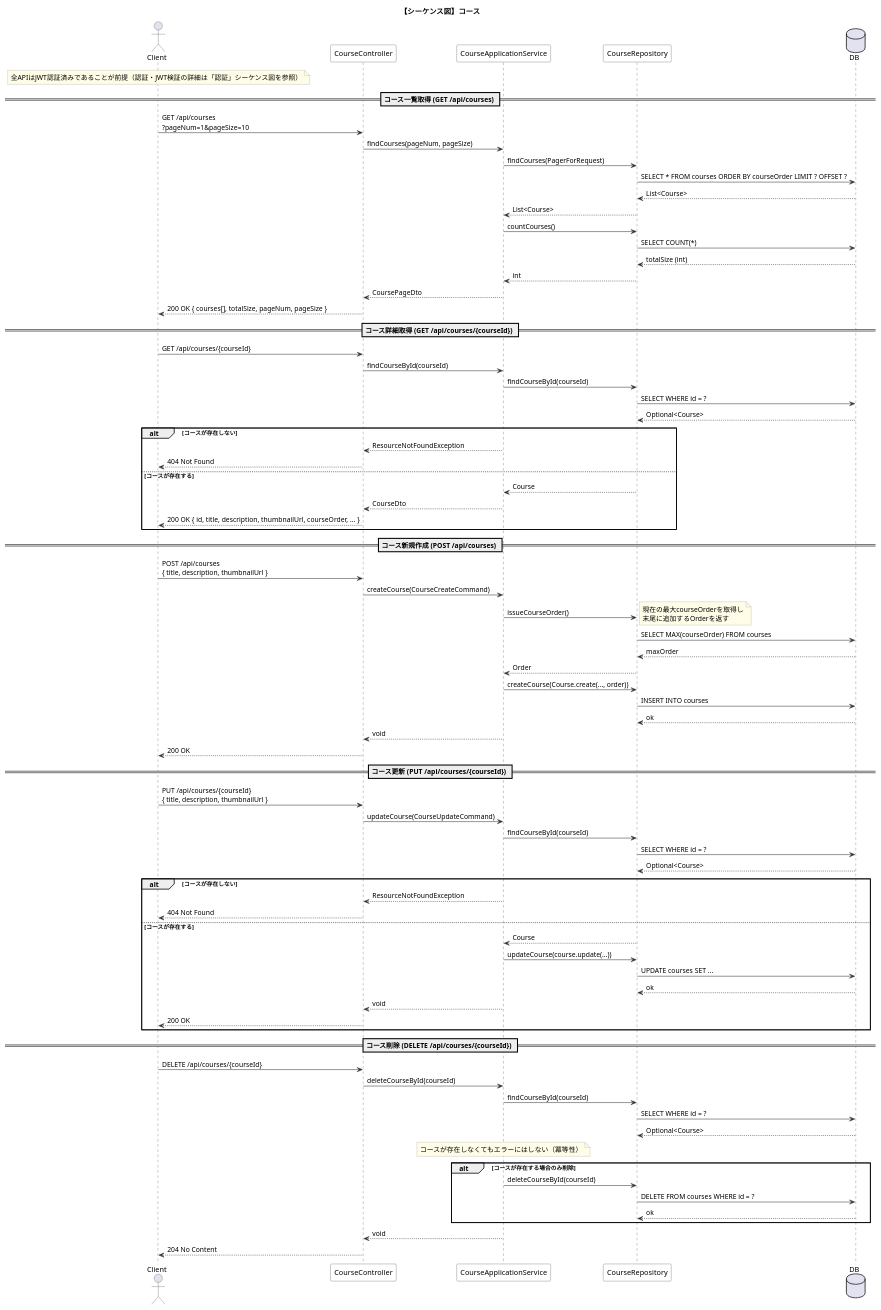
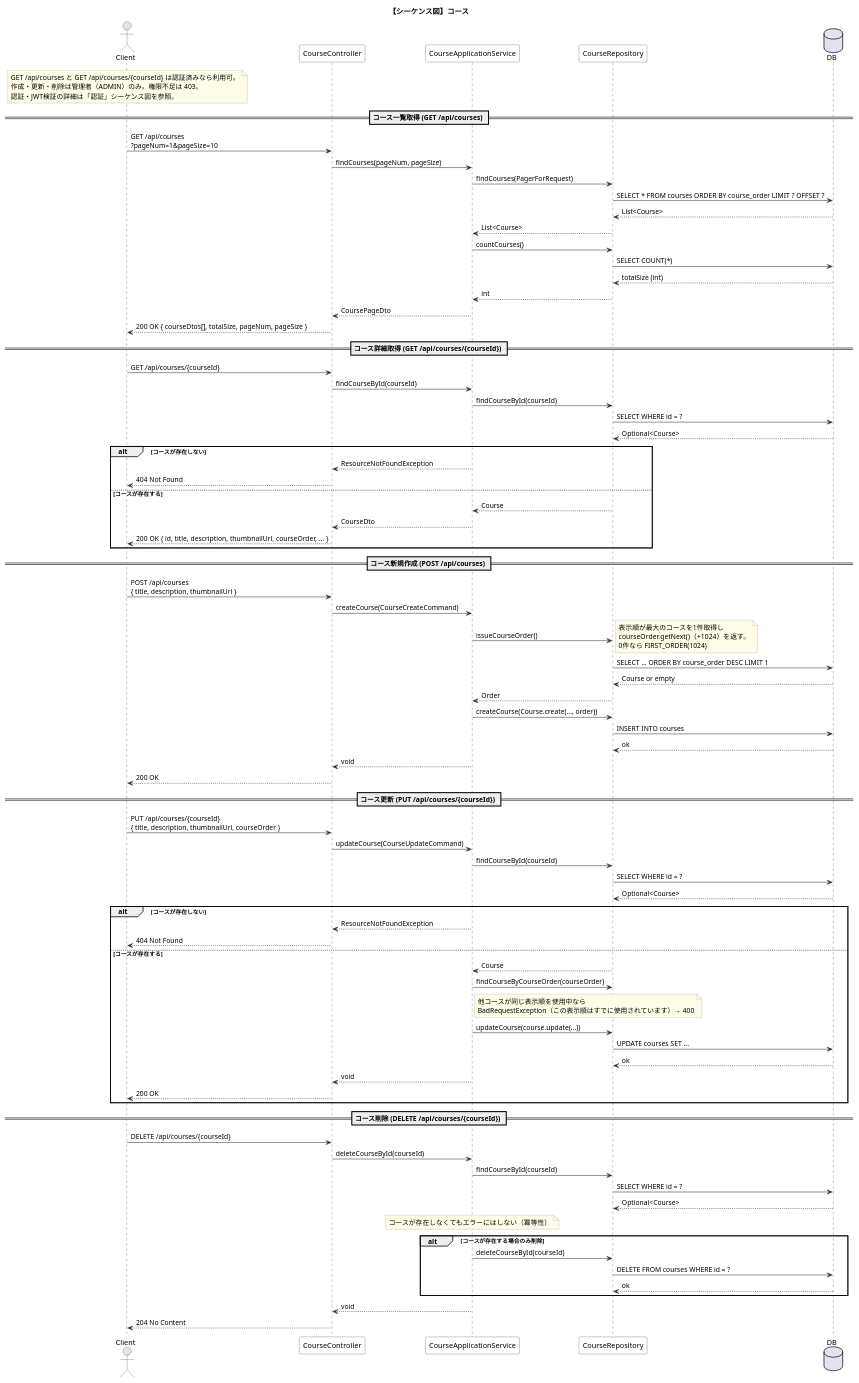
One commit to stra24/elms-backend changed the diagram in docs/sequence-course.puml. Above: the diagram before and after it, drawn with PlantUML. The commit also changed 47 other files, not shown here.

Commit message:
シーケンス図の最新化。テストメソッド名の統一。

```diff
--- a/docs/sequence-course.puml
+++ b/docs/sequence-course.puml
@@ -1,143 +1,151 @@
 @startuml sequence-course
 title 【シーケンス図】コース
 
 skinparam sequence {
   ArrowColor #333333
   ActorBorderColor #333333
   LifeLineBorderColor #333333
   ParticipantBorderColor #333333
   ParticipantBackgroundColor White
 }
 skinparam noteBackgroundColor #FFFDE7
 skinparam noteBorderColor #999999
 
 actor Client
 participant "CourseController" as Controller
 participant "CourseApplicationService" as AppService
 participant "CourseRepository" as Repo
 database "DB" as DB
 
 note over Client
-  全APIはJWT認証済みであることが前提（認証・JWT検証の詳細は「認証」シーケンス図を参照）
+  GET /api/courses と GET /api/courses/{courseId} は認証済みなら利用可。
+  作成・更新・削除は管理者（ADMIN）のみ。権限不足は 403。
+  認証・JWT検証の詳細は「認証」シーケンス図を参照。
 end note
 
 ' ============================================================
 ' コース一覧取得
 ' ============================================================
 == コース一覧取得 (GET /api/courses) ==
 
 Client -> Controller : GET /api/courses\n?pageNum=1&pageSize=10
 
 Controller -> AppService : findCourses(pageNum, pageSize)
 
 AppService -> Repo : findCourses(PagerForRequest)
-Repo -> DB : SELECT * FROM courses ORDER BY courseOrder LIMIT ? OFFSET ?
+Repo -> DB : SELECT * FROM courses ORDER BY course_order LIMIT ? OFFSET ?
 DB --> Repo : List<Course>
 Repo --> AppService : List<Course>
 
 AppService -> Repo : countCourses()
 Repo -> DB : SELECT COUNT(*)
 DB --> Repo : totalSize (int)
 Repo --> AppService : int
 
 AppService --> Controller : CoursePageDto
-Controller --> Client : 200 OK { courses[], totalSize, pageNum, pageSize }
+Controller --> Client : 200 OK { courseDtos[], totalSize, pageNum, pageSize }
 
 ' ============================================================
 ' コース詳細取得
 ' ============================================================
 == コース詳細取得 (GET /api/courses/{courseId}) ==
 
 Client -> Controller : GET /api/courses/{courseId}
 
 Controller -> AppService : findCourseById(courseId)
 
 AppService -> Repo : findCourseById(courseId)
 Repo -> DB : SELECT WHERE id = ?
 DB --> Repo : Optional<Course>
 
 alt コースが存在しない
   AppService --> Controller : ResourceNotFoundException
   Controller --> Client : 404 Not Found
 else コースが存在する
   Repo --> AppService : Course
   AppService --> Controller : CourseDto
   Controller --> Client : 200 OK { id, title, description, thumbnailUrl, courseOrder, ... }
 end
 
 ' ============================================================
 ' コース新規作成
 ' ============================================================
 == コース新規作成 (POST /api/courses) ==
 
 Client -> Controller : POST /api/courses\n{ title, description, thumbnailUrl }
 
 Controller -> AppService : createCourse(CourseCreateCommand)
 
 AppService -> Repo : issueCourseOrder()
-note right: 現在の最大courseOrderを取得し\n末尾に追加するOrderを返す
-Repo -> DB : SELECT MAX(courseOrder) FROM courses
-DB --> Repo : maxOrder
+note right: 表示順が最大のコースを1件取得し\ncourseOrder.getNext()（+1024）を返す。\n0件なら FIRST_ORDER(1024)
+Repo -> DB : SELECT ... ORDER BY course_order DESC LIMIT 1
+DB --> Repo : Course or empty
 Repo --> AppService : Order
 
 AppService -> Repo : createCourse(Course.create(..., order))
 Repo -> DB : INSERT INTO courses
 DB --> Repo : ok
 
 AppService --> Controller : void
 Controller --> Client : 200 OK
 
 ' ============================================================
 ' コース更新
 ' ============================================================
 == コース更新 (PUT /api/courses/{courseId}) ==
 
-Client -> Controller : PUT /api/courses/{courseId}\n{ title, description, thumbnailUrl }
+Client -> Controller : PUT /api/courses/{courseId}\n{ title, description, thumbnailUrl, courseOrder }
 
 Controller -> AppService : updateCourse(CourseUpdateCommand)
 
 AppService -> Repo : findCourseById(courseId)
 Repo -> DB : SELECT WHERE id = ?
 DB --> Repo : Optional<Course>
 
 alt コースが存在しない
   AppService --> Controller : ResourceNotFoundException
   Controller --> Client : 404 Not Found
 else コースが存在する
   Repo --> AppService : Course
+
+  AppService -> Repo : findCourseByCourseOrder(courseOrder)
+  note right of AppService
+    他コースが同じ表示順を使用中なら
+    BadRequestException（この表示順はすでに使用されています）→ 400
+  end note
 
   AppService -> Repo : updateCourse(course.update(...))
   Repo -> DB : UPDATE courses SET ...
   DB --> Repo : ok
 
   AppService --> Controller : void
   Controller --> Client : 200 OK
 end
 
 ' ============================================================
 ' コース削除
 ' ============================================================
 == コース削除 (DELETE /api/courses/{courseId}) ==
 
 Client -> Controller : DELETE /api/courses/{courseId}
 
 Controller -> AppService : deleteCourseById(courseId)
 
 AppService -> Repo : findCourseById(courseId)
 Repo -> DB : SELECT WHERE id = ?
 DB --> Repo : Optional<Course>
 
 note over AppService
   コースが存在しなくてもエラーにはしない（冪等性）
 end note
 
 alt コースが存在する場合のみ削除
   AppService -> Repo : deleteCourseById(courseId)
   Repo -> DB : DELETE FROM courses WHERE id = ?
   DB --> Repo : ok
 end
 
 AppService --> Controller : void
 Controller --> Client : 204 No Content
 
 @enduml
```
